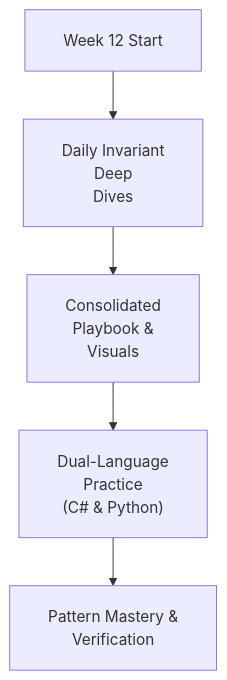
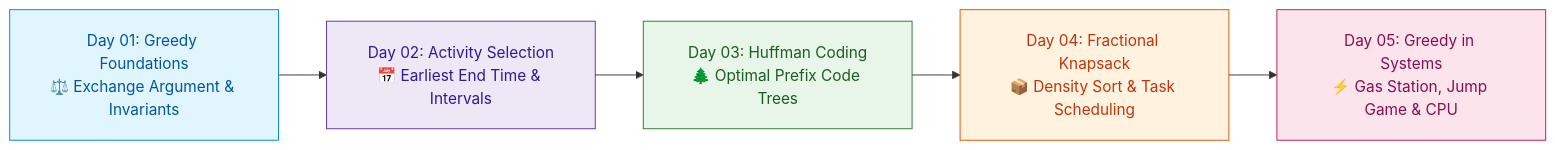
One commit to dip4k/DSA_102 changed the diagram in week_12_greedy_and_paradigms/README.md. Above: the diagram before and after it, drawn with Mermaid. The commit also changed other lines of this file and 147 other files, not shown here.

First line of the commit message:
feat(curriculum): enrich Weeks 01-19 instructional modules & resolve repository-wide Mermaid cutoff

````diff
--- a/week_12_greedy_and_paradigms/README.md
+++ b/week_12_greedy_and_paradigms/README.md
@@ -16,8 +16,14 @@
 ```mermaid
 %%{init: {"flowchart": {"htmlLabels": true, "padding": 20}, "themeCSS": "foreignObject { overflow: visible !important; }"}}%%
-flowchart TD
-    Start["Week 12 Start"] --> Daily["Daily Invariant<br/>Deep<br/>Dives"]
-    Daily --> Playbook["Consolidated<br/>Playbook &<br/>Visuals"]
-    Playbook --> DualLang["Dual-Language<br/>Practice<br/>(C# & Python)"]
-    DualLang --> Mastery["Pattern Mastery &<br/>Verification"]
+flowchart LR
+    D1["Day 01: Greedy Foundations<br/>⚖️ Exchange Argument & Invariants"] --> D2["Day 02: Activity Selection<br/>📅 Earliest End Time & Intervals"]
+    D2 --> D3["Day 03: Huffman Coding<br/>🌲 Optimal Prefix Code Trees"]
+    D3 --> D4["Day 04: Fractional Knapsack<br/>📦 Density Sort & Task Scheduling"]
+    D4 --> D5["Day 05: Greedy in Systems<br/>⚡ Gas Station, Jump Game & CPU"]
+
+    style D1 fill:#e1f5fe,stroke:#0288d1,color:#01579b
+    style D2 fill:#ede7f6,stroke:#5e35b1,color:#311b92
+    style D3 fill:#e8f5e9,stroke:#2e7d32,color:#1b5e20
+    style D4 fill:#fff3e0,stroke:#e65100,color:#bf360c
+    style D5 fill:#fce4ec,stroke:#c2185b,color:#880e4f
 ```
````
